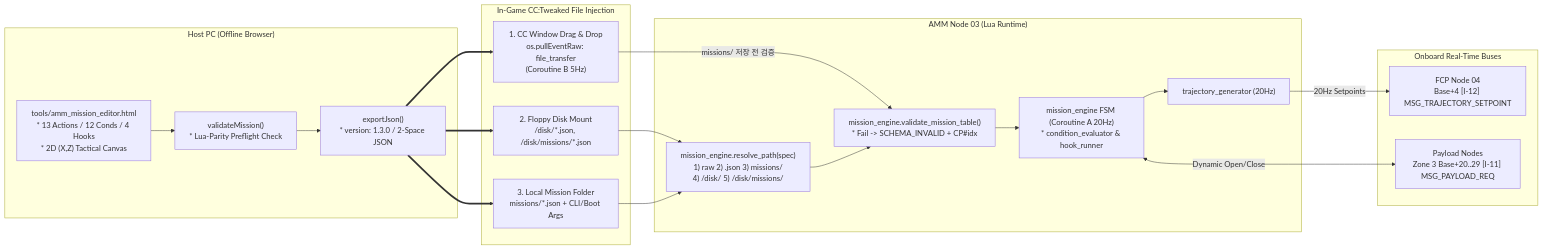
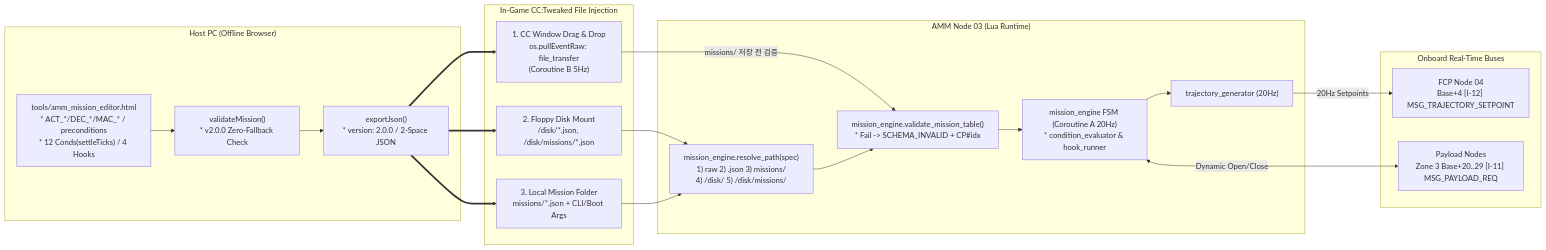
One commit to Polimachi/Aeroneutics_Autopilot changed the diagram in docs/specs/3_planning/amm/AMM_MISSION_EDITOR_SPECIFICATION.md. Above: the diagram before and after it, drawn with Mermaid. The commit also changed other lines of this file and 40 other files, not shown here.

````diff
--- a/docs/specs/3_planning/amm/AMM_MISSION_EDITOR_SPECIFICATION.md
+++ b/docs/specs/3_planning/amm/AMM_MISSION_EDITOR_SPECIFICATION.md
@@ -58,37 +59,37 @@
 ```mermaid
 flowchart LR
     subgraph HOST["Host PC (Offline Browser)"]
-        ED["tools/amm_mission_editor.html<br/>* 13 Actions / 12 Conds / 4 Hooks<br/>* 2D (X,Z) Tactical Canvas"]
-        VAL_WEB["validateMission()<br/>* Lua-Parity Preflight Check"]
-        EXP["exportJson()<br/>* version: 1.3.0 / 2-Space JSON"]
+        ED["tools/amm_mission_editor.html<br/>* ACT_*/DEC_*/MAC_* / preconditions<br/>* 12 Conds(settleTicks) / 4 Hooks"]
+        VAL_WEB["validateMission()<br/>* v2.0.0 Zero-Fallback Check"]
+        EXP["exportJson()<br/>* version: 2.0.0 / 2-Space JSON"]
         ED --> VAL_WEB --> EXP
     end
 
     subgraph INJECT["In-Game CC:Tweaked File Injection"]
         DROP["1. CC Window Drag & Drop<br/>os.pullEventRaw: file_transfer<br/>(Coroutine B 5Hz)"]
         DISK["2. Floppy Disk Mount<br/>/disk/*.json, /disk/missions/*.json"]
         LOCAL["3. Local Mission Folder<br/>missions/*.json + CLI/Boot Args"]
     end
 
     subgraph AMM["AMM Node 03 (Lua Runtime)"]
         RES["mission_engine.resolve_path(spec)<br/>1) raw 2) .json 3) missions/<br/>4) /disk/ 5) /disk/missions/"]
         VAL_LUA["mission_engine.validate_mission_table()<br/>* Fail -> SCHEMA_INVALID + CP#idx"]
         FSM["mission_engine FSM (Coroutine A 20Hz)<br/>* condition_evaluator & hook_runner"]
         TRAJ["trajectory_generator (20Hz)"]
         DROP -->|"missions/ 저장 전 검증"| VAL_LUA
         DISK --> RES
         LOCAL --> RES
         RES --> VAL_LUA --> FSM --> TRAJ
     end
 
     subgraph BUS["Onboard Real-Time Buses"]
         FCP["FCP Node 04<br/>Base+4 [I-12] MSG_TRAJECTORY_SETPOINT"]
         Z3["Payload Nodes<br/>Zone 3 Base+20..29 [I-11] MSG_PAYLOAD_REQ"]
     end
 
     EXP ==> DROP
     EXP ==> DISK
     EXP ==> LOCAL
     TRAJ -->|"20Hz Setpoints"| FCP
     FSM <-->|"Dynamic Open/Close"| Z3
 ```
````
